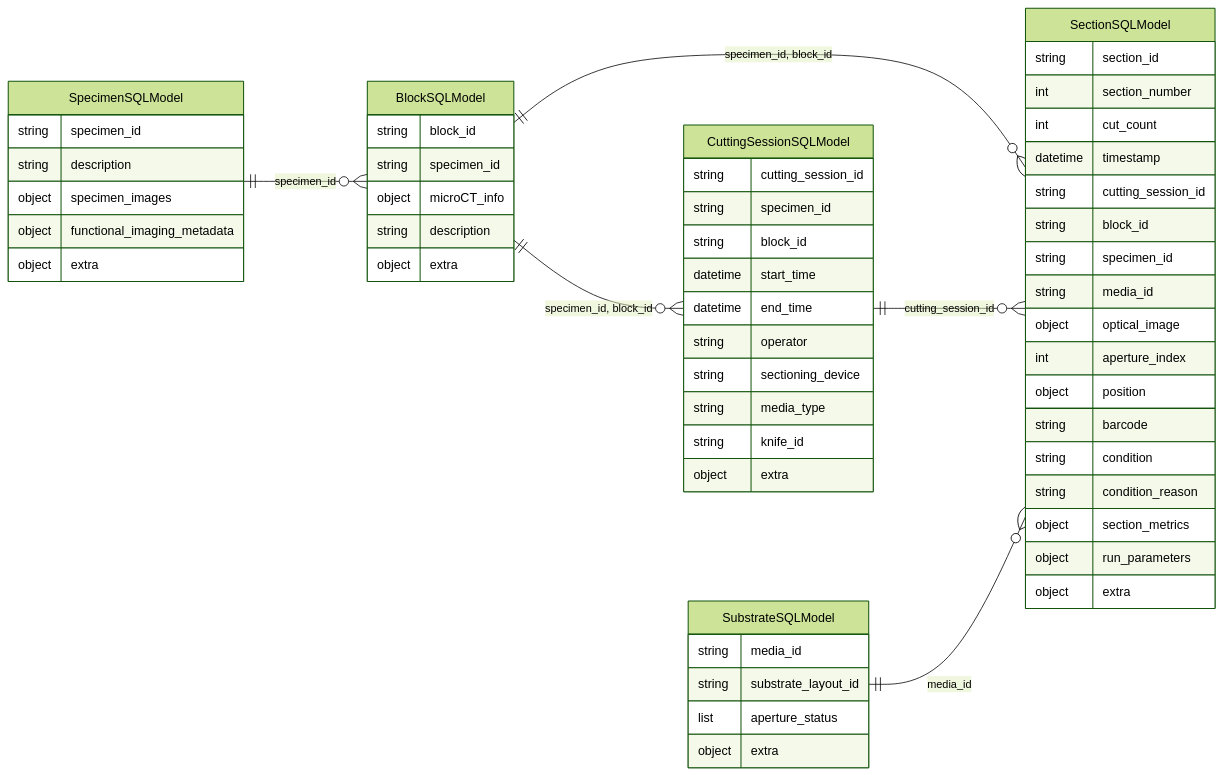
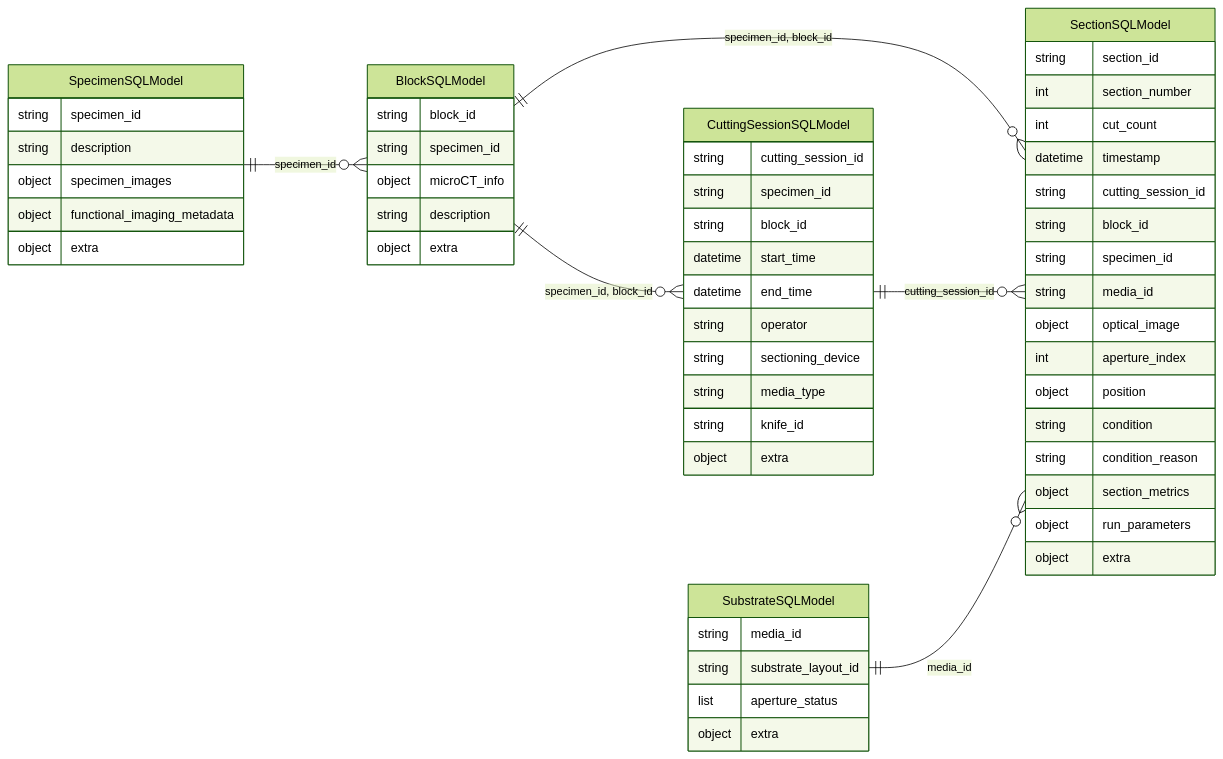
Before and after one commit to TilEM-project/TEMdb: the diagram in docs/schema_Preparation_erd.md, drawn with Mermaid (forest theme). The commit also changed 22 other files, not shown here.

````diff
--- a/docs/schema_Preparation_erd.md
+++ b/docs/schema_Preparation_erd.md
@@ -3,60 +3,59 @@
 ```mermaid
 erDiagram
     direction LR
     BlockSQLModel ||--o{ CuttingSessionSQLModel : "specimen_id, block_id"
     BlockSQLModel ||--o{ SectionSQLModel : "specimen_id, block_id"
     CuttingSessionSQLModel ||--o{ SectionSQLModel : "cutting_session_id"
     SpecimenSQLModel ||--o{ BlockSQLModel : "specimen_id"
     SubstrateSQLModel ||--o{ SectionSQLModel : "media_id"
     BlockSQLModel {
         string block_id
         string specimen_id
         object microCT_info
         string description
         object extra
     }
     CuttingSessionSQLModel {
         string cutting_session_id
         string specimen_id
         string block_id
         datetime start_time
         datetime end_time
         string operator
         string sectioning_device
         string media_type
         string knife_id
         object extra
     }
     SectionSQLModel {
         string section_id
         int section_number
         int cut_count
         datetime timestamp
         string cutting_session_id
         string block_id
         string specimen_id
         string media_id
         object optical_image
         int aperture_index
         object position
-        string barcode
         string condition
         string condition_reason
         object section_metrics
         object run_parameters
         object extra
     }
     SpecimenSQLModel {
         string specimen_id
         string description
         object specimen_images
         object functional_imaging_metadata
         object extra
     }
     SubstrateSQLModel {
         string media_id
         string substrate_layout_id
         list aperture_status
         object extra
     }
 ```
````
